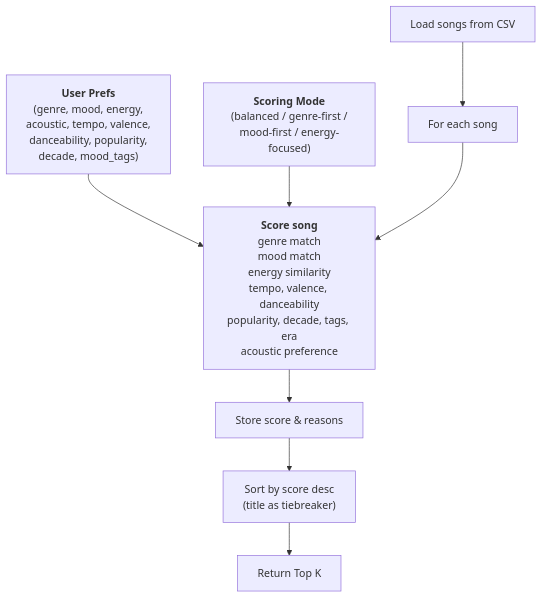
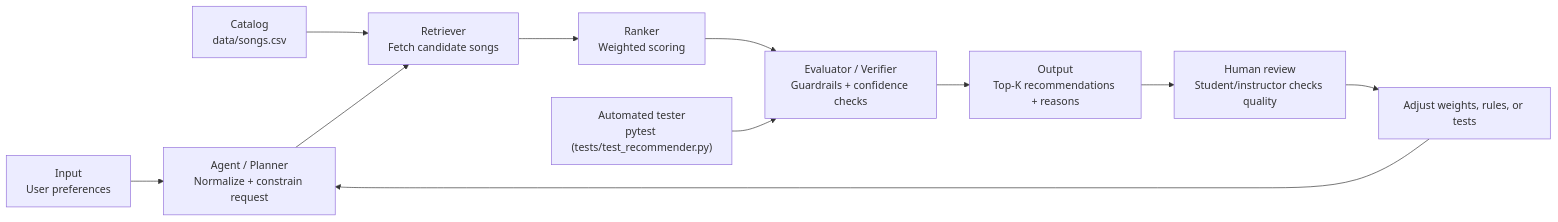
One commit to Aqureshi106/applied-ai-system-project changed the diagram in README.md. Above: the diagram before and after it, drawn with Mermaid. The commit also changed other lines of this file and 4 other files, not shown here.

First line of the commit message:
Enhance music recommender with robust scoring, logging, and evaluation

````diff
--- a/README.md
+++ b/README.md
@@ -50,11 +22,14 @@
 ```mermaid
-flowchart TD
-   A["<b>User Prefs</b><br/>(genre, mood, energy,<br/>acoustic, tempo, valence,<br/>danceability, popularity,<br/>decade, mood_tags)"] --> D
-   B["Load songs from CSV"] --> C["For each song"]
-   M["<b>Scoring Mode</b><br/>(balanced / genre-first /<br/>mood-first / energy-focused)"] --> D
-   C --> D["<b>Score song</b><br/>genre match<br/>mood match<br/>energy similarity<br/>tempo, valence, danceability<br/>popularity, decade, tags, era<br/>acoustic preference"]
-   D --> E["Store score & reasons"]
-   E --> F["Sort by score desc<br/>(title as tiebreaker)"]
-   F --> G["Return Top K"]
+flowchart LR
+   A["Input<br/>User preferences"] --> B["Agent / Planner<br/>Normalize + constrain request"]
+   C["Catalog<br/>data/songs.csv"] --> D["Retriever<br/>Fetch candidate songs"]
+   B --> D
+   D --> E["Ranker<br/>Weighted scoring"]
+   E --> F["Evaluator / Verifier<br/>Guardrails + confidence checks"]
+   F --> G["Output<br/>Top-K recommendations + reasons"]
 
+   H["Automated tester<br/>pytest (tests/test_recommender.py)"] --> F
+   I["Human review<br/>Student/instructor checks quality"] --> J["Adjust weights, rules, or tests"]
+   G --> I
+   J --> B
 ```
````
